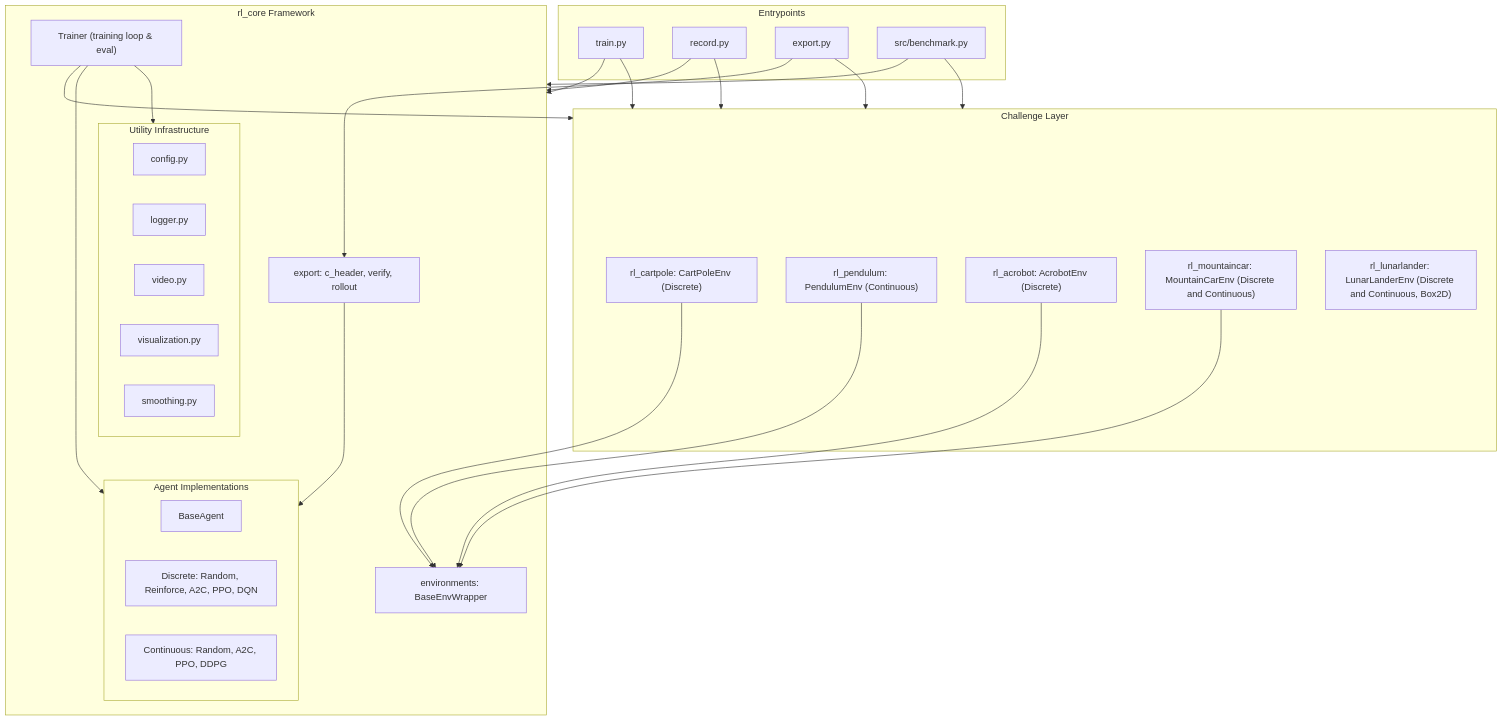
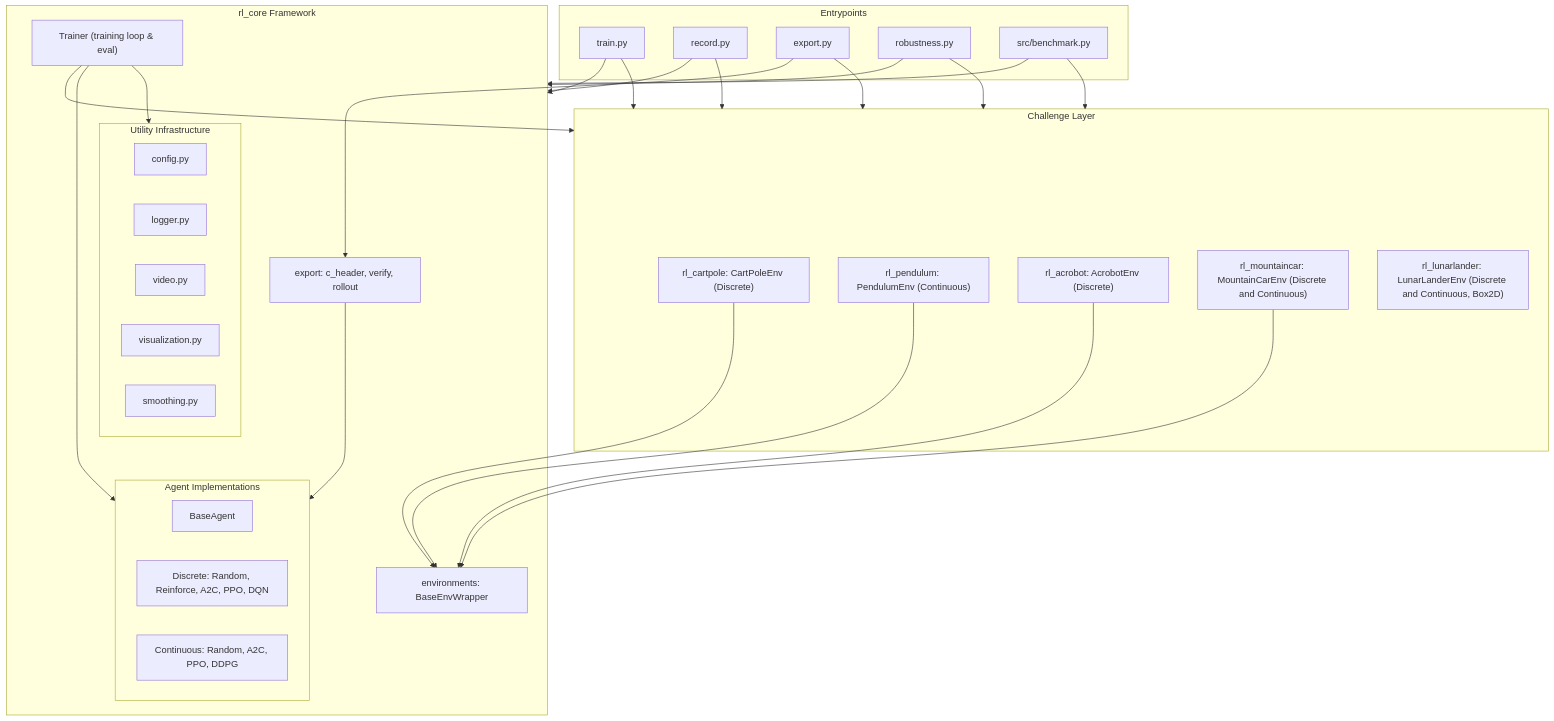
The first of 3 diagrams in ARCHITECTURE.md (andreijw/AI), drawn with Mermaid before and after one commit. The commit also changed 18 other files, not shown here.

````diff
--- a/ARCHITECTURE.md
+++ b/ARCHITECTURE.md
@@ -106,56 +106,59 @@
 ```mermaid
 flowchart TD
     subgraph CLI ["Entrypoints"]
         Train["train.py"]
         Record["record.py"]
         Export["export.py"]
+        Robust["robustness.py"]
         Bench["src/benchmark.py"]
     end
 
     subgraph Challenges ["Challenge Layer"]
         CartPole["rl_cartpole: CartPoleEnv (Discrete)"]
         Pendulum["rl_pendulum: PendulumEnv (Continuous)"]
         Acrobot["rl_acrobot: AcrobotEnv (Discrete)"]
         MountainCar["rl_mountaincar: MountainCarEnv (Discrete and Continuous)"]
         LunarLander["rl_lunarlander: LunarLanderEnv (Discrete and Continuous, Box2D)"]
     end
 
     subgraph Core ["rl_core Framework"]
         Trainer["Trainer (training loop & eval)"]
         
         subgraph Agents ["Agent Implementations"]
             BaseAgent["BaseAgent"]
             DiscreteAgents["Discrete: Random, Reinforce, A2C, PPO, DQN"]
             ContinuousAgents["Continuous: Random, A2C, PPO, DDPG"]
         end
 
         EnvBase["environments: BaseEnvWrapper"]
 
         subgraph Utils ["Utility Infrastructure"]
             Config["config.py"]
             Logger["logger.py"]
             Video["video.py"]
             Viz["visualization.py"]
             Smooth["smoothing.py"]
         end
 
         ExportPkg["export: c_header, verify, rollout"]
     end
 
     Train --> Core
     Record --> Core
     Bench --> Core
     Train --> Challenges
     Record --> Challenges
     Export --> Challenges
+    Robust --> Core
+    Robust --> Challenges
     Export --> ExportPkg
     ExportPkg --> Agents
     Bench --> Challenges
     Trainer --> Challenges
     Trainer --> Agents
     Trainer --> Utils
     CartPole --> EnvBase
     Pendulum --> EnvBase
     Acrobot --> EnvBase
     MountainCar --> EnvBase
 ```
````
